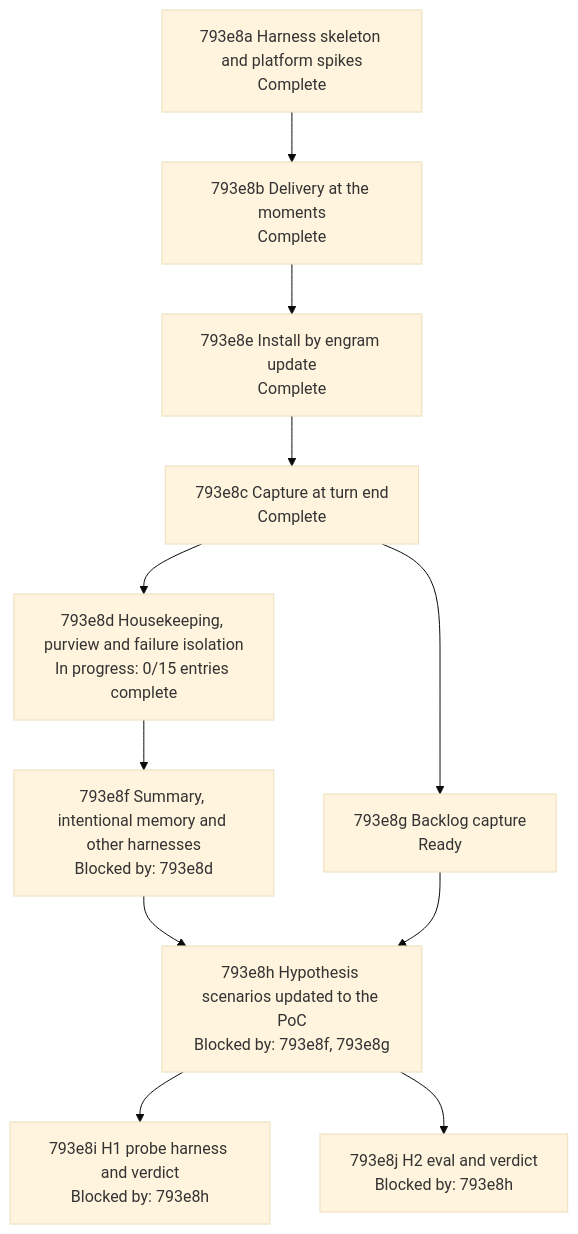
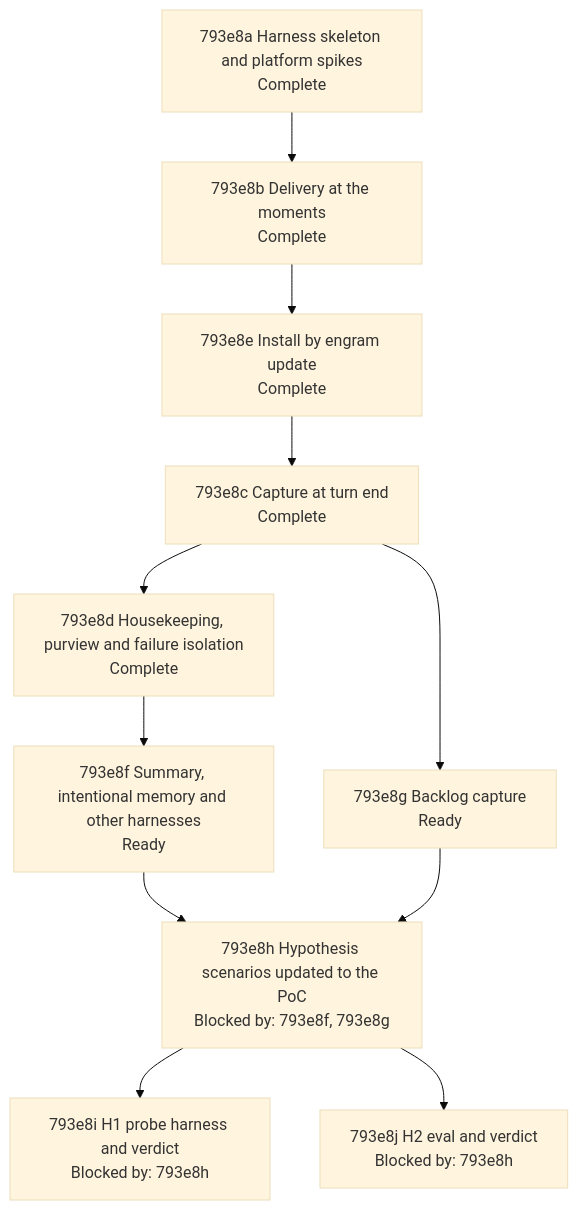
The diagram in docs/changes/793_parallel-memory-agent/793e_implementation-plan.md (toejough/engram), drawn with Mermaid (base theme) before and after one commit. The commit also changed other lines of this file, not shown here.

First line of the commit message:
docs(793e8d): housekeeping, purview and failure scenarios Green-all, node complete

````diff
--- a/docs/changes/793_parallel-memory-agent/793e_implementation-plan.md
+++ b/docs/changes/793_parallel-memory-agent/793e_implementation-plan.md
@@ -214,21 +214,21 @@
 ```mermaid
 flowchart TD
   n793e8a["793e8a Harness skeleton and platform spikes<br/>Complete"]
   n793e8b["793e8b Delivery at the moments<br/>Complete"]
   n793e8e["793e8e Install by engram update<br/>Complete"]
   n793e8c["793e8c Capture at turn end<br/>Complete"]
-  n793e8d["793e8d Housekeeping, purview and failure isolation<br/>In progress: 0/15 entries complete"]
+  n793e8d["793e8d Housekeeping, purview and failure isolation<br/>Complete"]
   n793e8g["793e8g Backlog capture<br/>Ready"]
-  n793e8f["793e8f Summary, intentional memory and other harnesses<br/>Blocked by: 793e8d"]
+  n793e8f["793e8f Summary, intentional memory and other harnesses<br/>Ready"]
   n793e8h["793e8h Hypothesis scenarios updated to the PoC<br/>Blocked by: 793e8f, 793e8g"]
   n793e8i["793e8i H1 probe harness and verdict<br/>Blocked by: 793e8h"]
   n793e8j["793e8j H2 eval and verdict<br/>Blocked by: 793e8h"]
   n793e8a --> n793e8b --> n793e8e --> n793e8c
   n793e8c --> n793e8d
   n793e8c --> n793e8g
   n793e8d --> n793e8f
   n793e8f --> n793e8h
   n793e8g --> n793e8h
   n793e8h --> n793e8i
   n793e8h --> n793e8j
 ```
````
